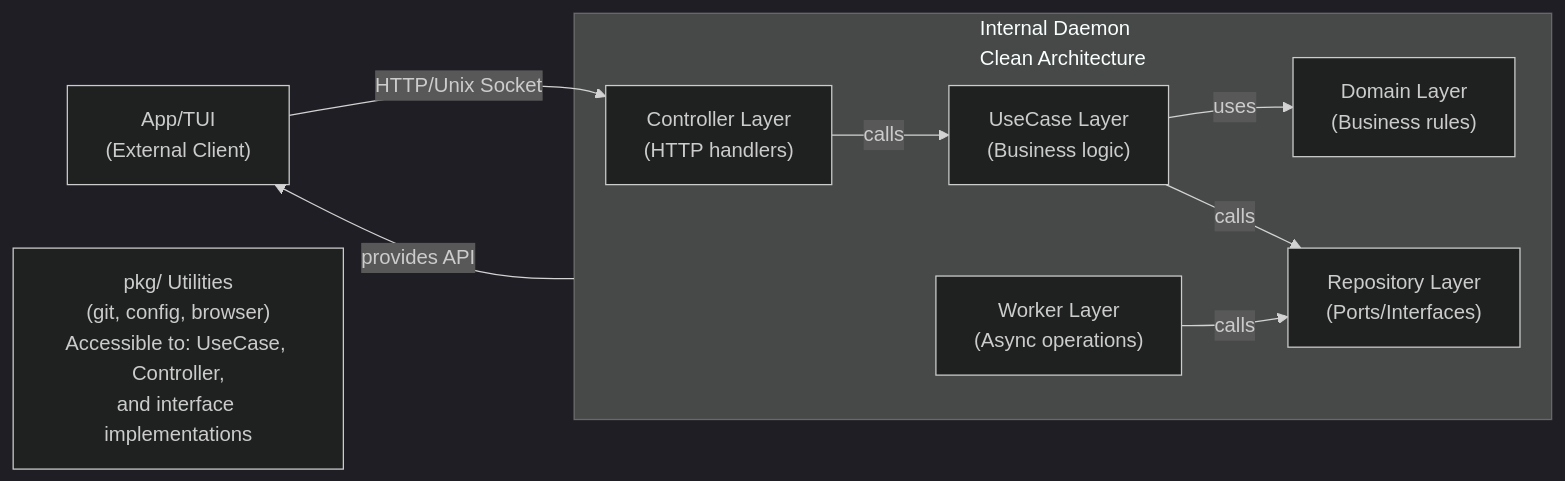
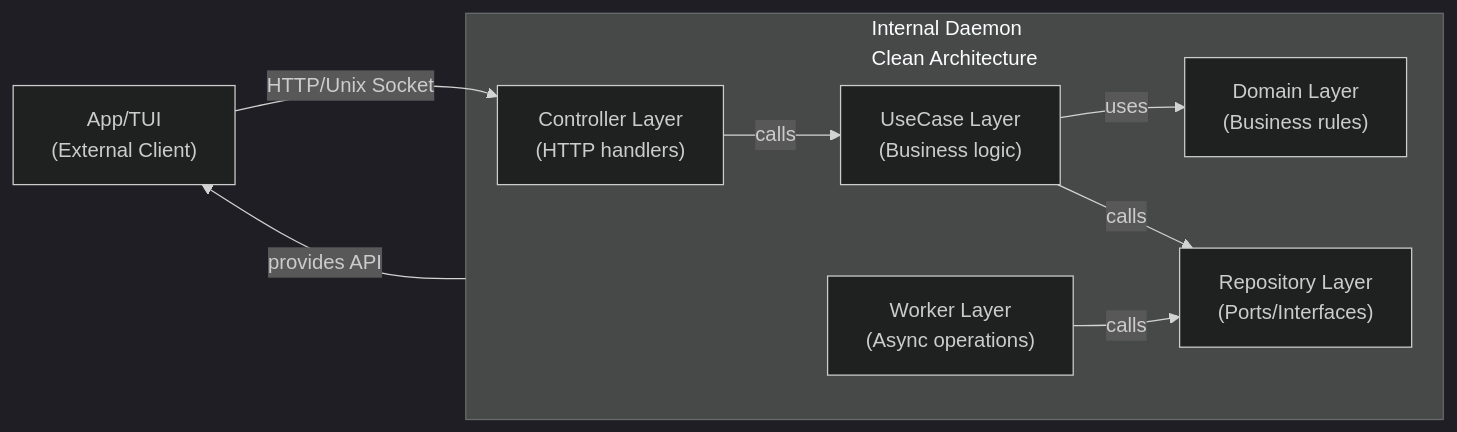
The diagram in docs/Internals/Architecture.md (inodaf/neoman), drawn with Mermaid (dark theme) before and after one commit.

Commit message:
[Docs] Architecture: Remove pkg/ box from Mermaid diagram
Move pkg/ utilities information to the explanatory note below the diagram for a cleaner visualization. The note provides clear guidance on where pkg/ can and cannot be used.

````diff
--- a/docs/Internals/Architecture.md
+++ b/docs/Internals/Architecture.md
@@ -7,22 +7,21 @@
 ```mermaid
 graph LR
     App["App/TUI<br/>(External Client)"]
     
+
     subgraph Daemon["Internal Daemon<br/>Clean Architecture"]
         Controller["Controller Layer<br/>(HTTP handlers)"]
         UseCase["UseCase Layer<br/>(Business logic)"]
         Domain["Domain Layer<br/>(Business rules)"]
         Repository["Repository Layer<br/>(Ports/Interfaces)"]
         Worker["Worker Layer<br/>(Async operations)"]
         
         Controller -->|calls| UseCase
         UseCase -->|uses| Domain
         UseCase -->|calls| Repository
         Worker -->|calls| Repository
     end
     
     App -->|HTTP/Unix Socket| Controller
     Daemon -->|provides API| App
-    
-    PkgUtils["pkg/ Utilities<br/>(git, config, browser)<br/>Accessible to: UseCase, Controller,<br/>and interface implementations"]
 ```
````
